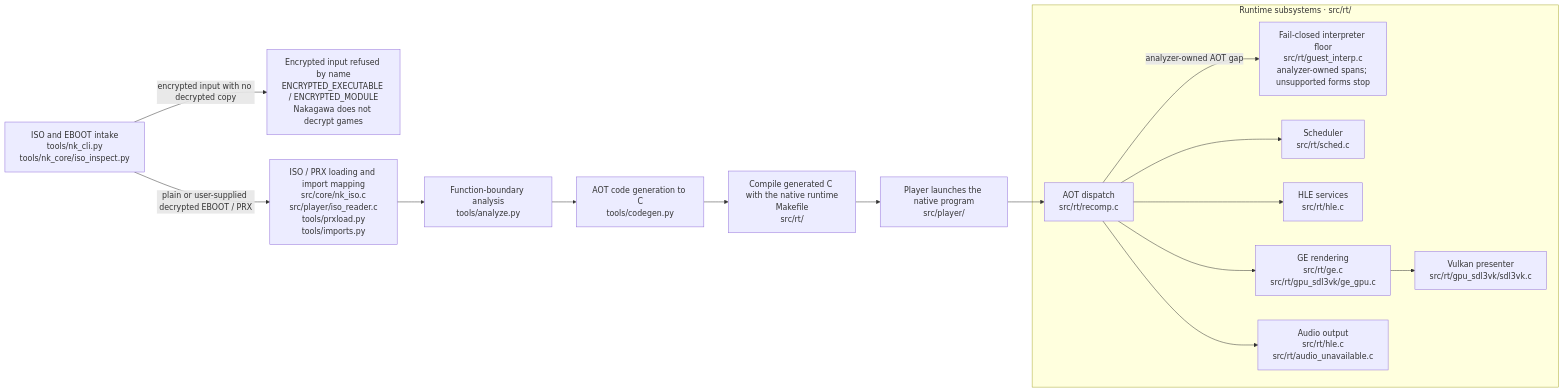
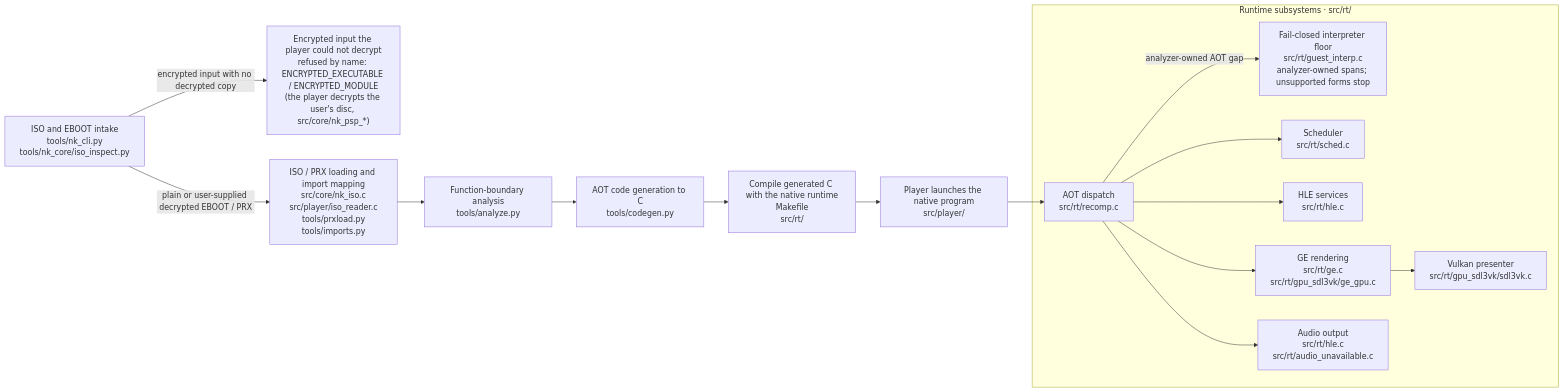
Before and after one commit to Jstar269/nakagawa-recomp: the diagram in docs/ARCHITECTURE.md, drawn with Mermaid. The commit also changed 28 other files, not shown here.

First line of the commit message:
docs, player, tools: say Nakagawa decrypts your own disc locally (#295)

````diff
--- a/docs/ARCHITECTURE.md
+++ b/docs/ARCHITECTURE.md
@@ -9,29 +9,29 @@
 ```mermaid
 flowchart LR
     INTAKE["ISO and EBOOT intake<br/>tools/nk_cli.py<br/>tools/nk_core/iso_inspect.py"]
-    REFUSE["Encrypted input refused by name<br/>ENCRYPTED_EXECUTABLE / ENCRYPTED_MODULE<br/>Nakagawa does not decrypt games"]
+    REFUSE["Encrypted input the player could not decrypt<br/>refused by name: ENCRYPTED_EXECUTABLE / ENCRYPTED_MODULE<br/>(the player decrypts the user's disc, src/core/nk_psp_*)"]
     LOAD["ISO / PRX loading and import mapping<br/>src/core/nk_iso.c<br/>src/player/iso_reader.c<br/>tools/prxload.py<br/>tools/imports.py"]
     ANALYZE["Function-boundary analysis<br/>tools/analyze.py"]
     CODEGEN["AOT code generation to C<br/>tools/codegen.py"]
     BUILD["Compile generated C with the native runtime<br/>Makefile<br/>src/rt/"]
     PLAYER["Player launches the native program<br/>src/player/"]
 
     subgraph RUNTIME["Runtime subsystems · src/rt/"]
         AOT["AOT dispatch<br/>src/rt/recomp.c"]
         FLOOR["Fail-closed interpreter floor<br/>src/rt/guest_interp.c<br/>analyzer-owned spans; unsupported forms stop"]
         SCHED["Scheduler<br/>src/rt/sched.c"]
         HLE["HLE services<br/>src/rt/hle.c"]
         GE["GE rendering<br/>src/rt/ge.c<br/>src/rt/gpu_sdl3vk/ge_gpu.c"]
         VK["Vulkan presenter<br/>src/rt/gpu_sdl3vk/sdl3vk.c"]
         AUDIO["Audio output<br/>src/rt/hle.c<br/>src/rt/audio_unavailable.c"]
     end
 
     INTAKE -->|"encrypted input with no decrypted copy"| REFUSE
     INTAKE -->|"plain or user-supplied decrypted EBOOT / PRX"| LOAD
     LOAD --> ANALYZE --> CODEGEN --> BUILD --> PLAYER --> AOT
     AOT -->|"analyzer-owned AOT gap"| FLOOR
     AOT --> SCHED
     AOT --> HLE
     AOT --> GE --> VK
     AOT --> AUDIO
 ```
````
